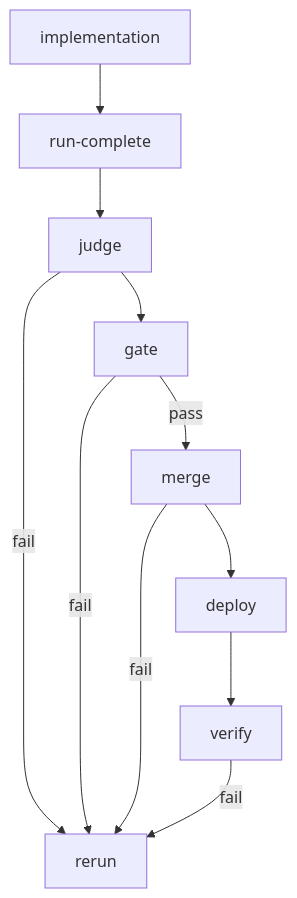
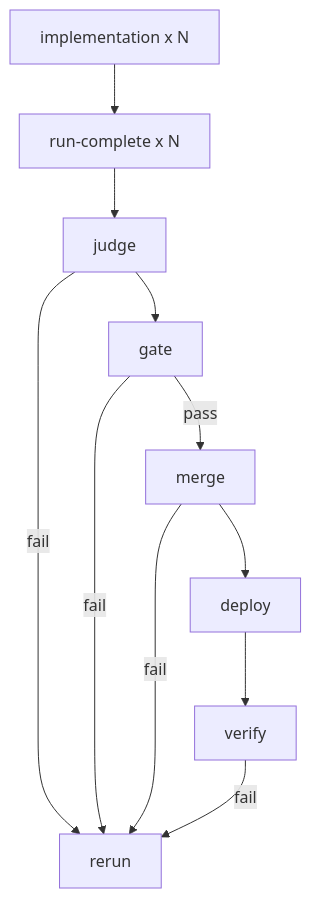
Before and after one commit to proompteng/lab: the diagram in docs/jangar/autonomous-codex-end-to-end-design-v2.md, drawn with Mermaid. The commit also changed other lines of this file, not shown here.

Commit message:
docs: define implementation iterations in codex v2 design

````diff
--- a/docs/jangar/autonomous-codex-end-to-end-design-v2.md
+++ b/docs/jangar/autonomous-codex-end-to-end-design-v2.md
@@ -141,13 +213,13 @@
 ```mermaid
 flowchart TD
-  implementation[implementation] --> run_complete[run-complete]
+  implementation[implementation x N] --> run_complete[run-complete x N]
   run_complete --> judge[judge]
   judge --> gate[gate]
   gate -->|pass| merge[merge]
   merge --> deploy[deploy]
   deploy --> verify[verify]
   judge -->|fail| rerun[rerun]
   gate -->|fail| rerun
   merge -->|fail| rerun
   verify -->|fail| rerun
 ```
````
